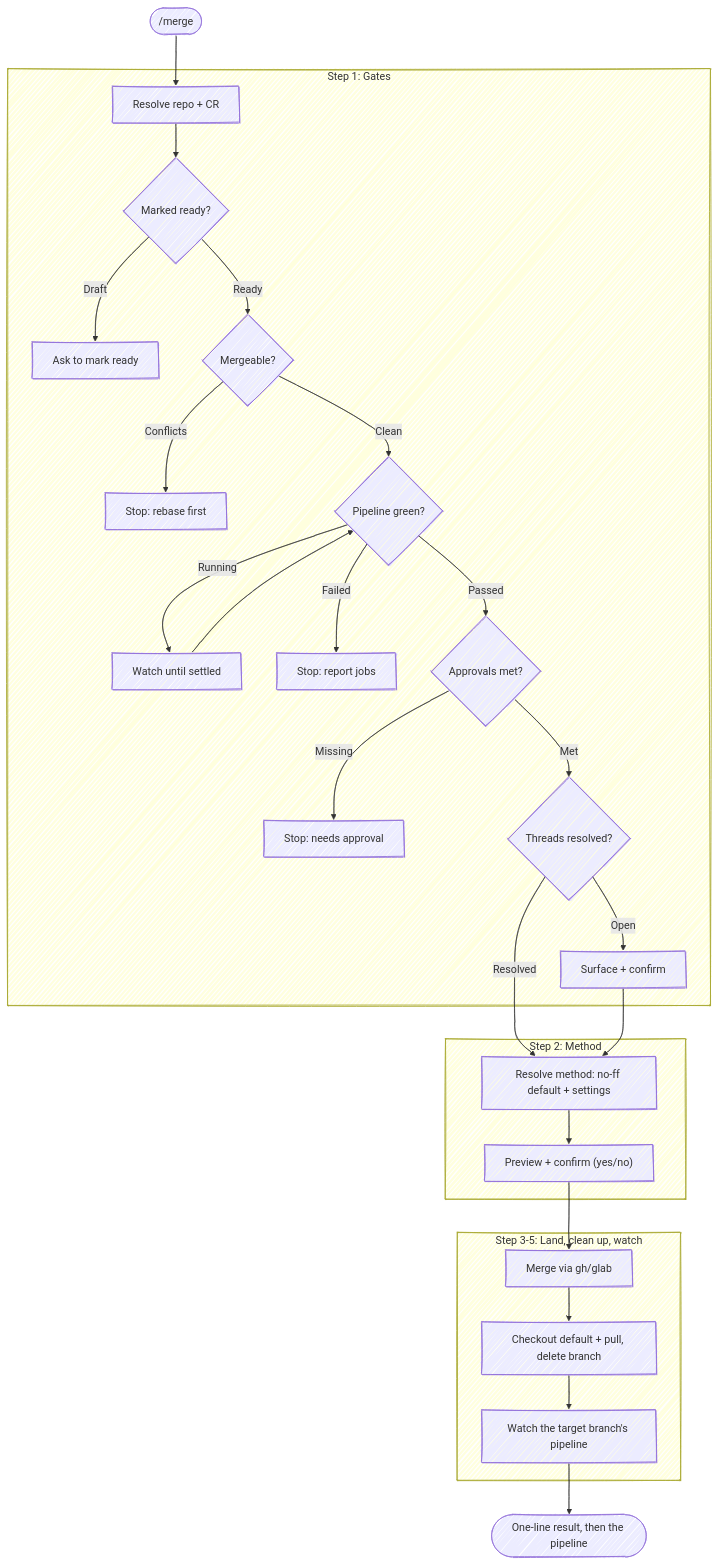
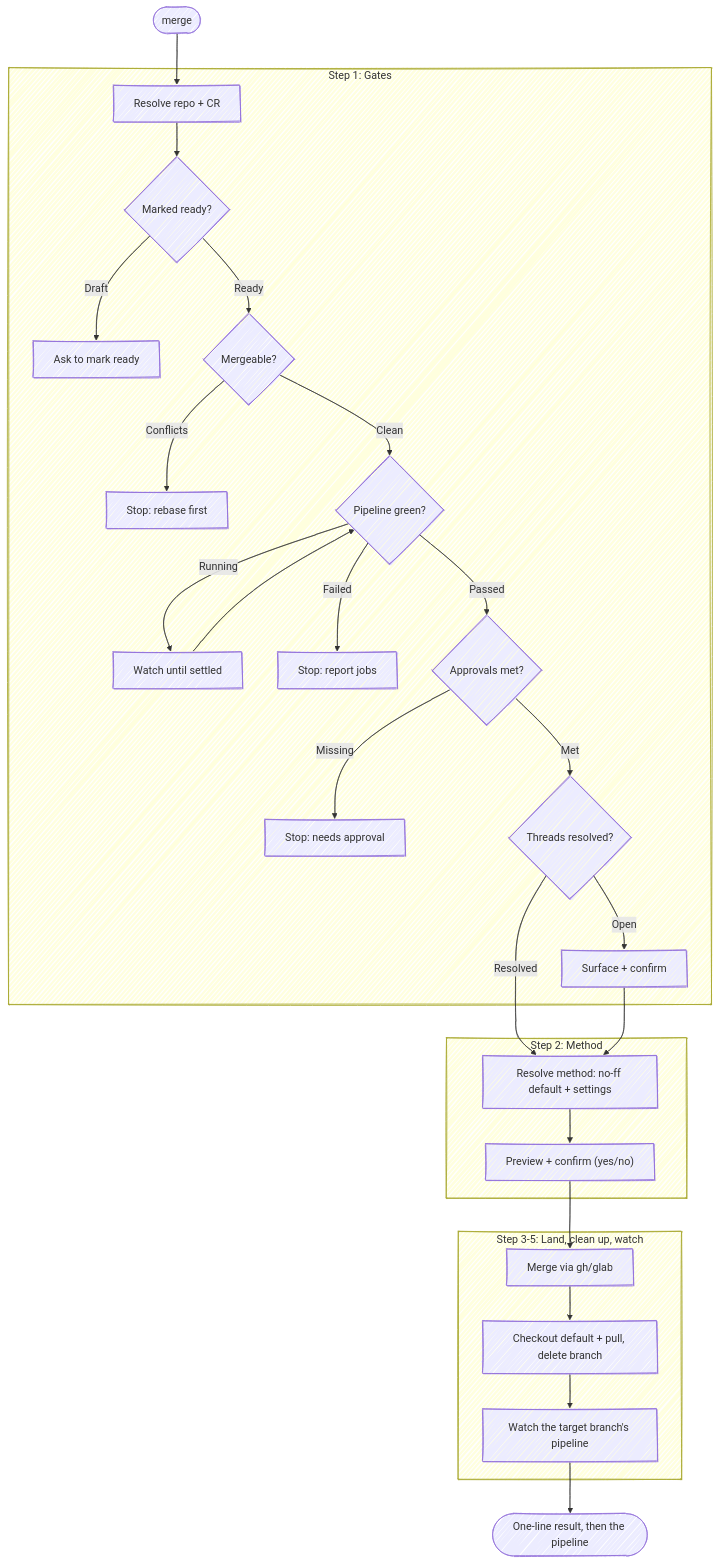
Before and after one commit to chris-peterson/anchor: the diagram in skills/merge/SKILL.md, drawn with Mermaid. The commit also changed other lines of this file and 38 other files, not shown here.

````diff
--- a/skills/merge/SKILL.md
+++ b/skills/merge/SKILL.md
@@ -39,34 +43,34 @@
 ```mermaid
 %%{ init: { 'look': 'handDrawn' } }%%
 flowchart TD
-    Start(["/merge"]) --> Repo["Resolve repo + CR"]
+    Start(["merge"]) --> Repo["Resolve repo + CR"]
 
     subgraph "Step 1: Gates"
         Repo --> Ready{Marked ready?}
         Ready -->|Draft| StopDraft["Ask to mark ready"]
         Ready -->|Ready| Mergeable{Mergeable?}
         Mergeable -->|Conflicts| StopConflict["Stop: rebase first"]
         Mergeable -->|Clean| Pipe{Pipeline green?}
         Pipe -->|Running| Watch["Watch until settled"]
         Watch --> Pipe
         Pipe -->|Failed| StopPipe["Stop: report jobs"]
         Pipe -->|Passed| Appr{Approvals met?}
         Appr -->|Missing| StopAppr["Stop: needs approval"]
         Appr -->|Met| Threads{Threads resolved?}
         Threads -->|Open| ConfirmThreads["Surface + confirm"]
     end
 
     subgraph "Step 2: Method"
         Threads -->|Resolved| Method["Resolve method: no-ff default + settings"]
         ConfirmThreads --> Method
         Method --> Ask["Preview + confirm (yes/no)"]
     end
 
     subgraph "Step 3-5: Land, clean up, watch"
         Ask --> Do["Merge via gh/glab"]
         Do --> Post["Checkout default + pull, delete branch"]
         Post --> WatchMain["Watch the target branch's pipeline"]
     end
 
     WatchMain --> Report([One-line result, then the pipeline])
 ```
````
